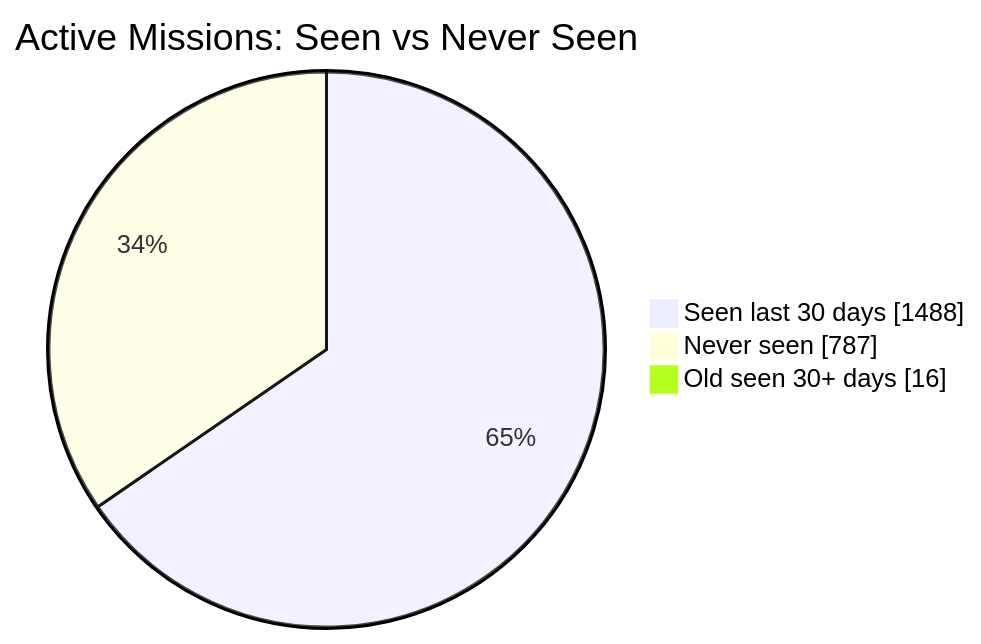
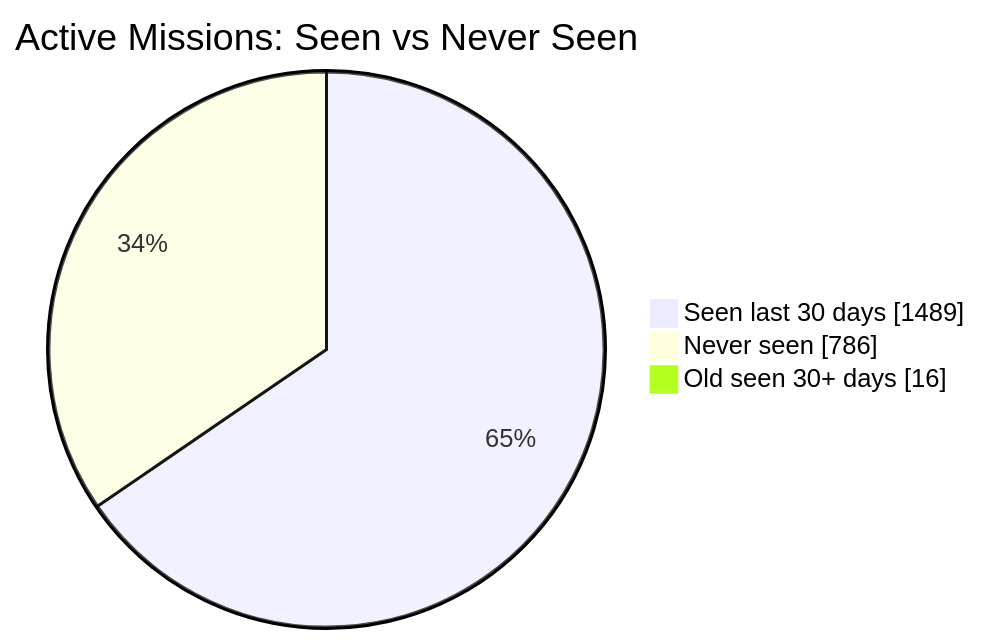
Before and after one commit to MeldkamerspelGameTeam/active-missions: the first of 2 diagrams in README.md, drawn with Mermaid. The commit also changed other lines of this file and 2 other files, not shown here.

````diff
--- a/README.md
+++ b/README.md
@@ -34,7 +34,7 @@
 ```mermaid
 pie showData
     title Active Missions: Seen vs Never Seen
-    "Seen last 30 days" : 1488
-    "Never seen" : 787
+    "Seen last 30 days" : 1489
+    "Never seen" : 786
     "Old seen 30+ days" : 16
 ```
````
